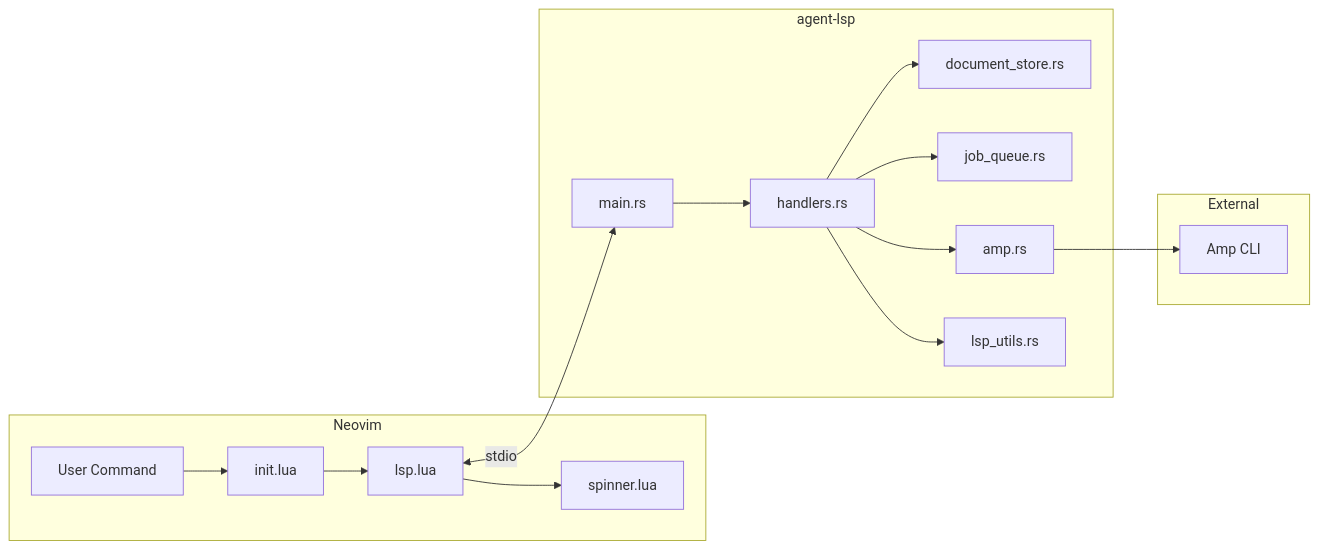
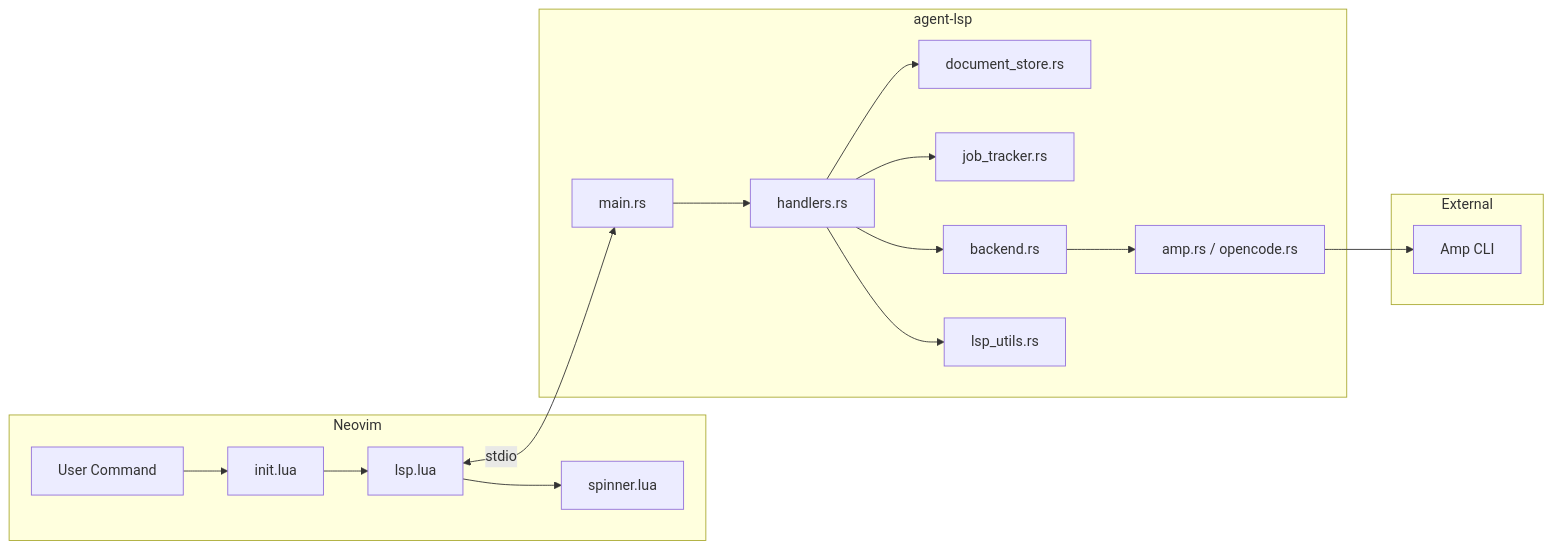
The second of 2 diagrams in README.md (yuvaldolev/agent.nvim), drawn with Mermaid before and after one commit. The commit also changed other lines of this file and 17 other files, not shown here.

````diff
--- a/README.md
+++ b/README.md
@@ -219,23 +318,24 @@
 ```mermaid
 flowchart LR
     subgraph Neovim
         A[User Command] --> B[init.lua]
         B --> C[lsp.lua]
         C --> D[spinner.lua]
     end
     
     subgraph LSP["agent-lsp"]
         E[main.rs] --> F[handlers.rs]
         F --> G[document_store.rs]
-        F --> K[job_queue.rs]
-        F --> H[amp.rs]
+        F --> K[job_tracker.rs]
+        F --> L[backend.rs]
+        L --> H[amp.rs / opencode.rs]
         F --> I[lsp_utils.rs]
     end
     
     subgraph External
         J[Amp CLI]
     end
     
     C <-->|stdio| E
     H --> J
 ```
````
